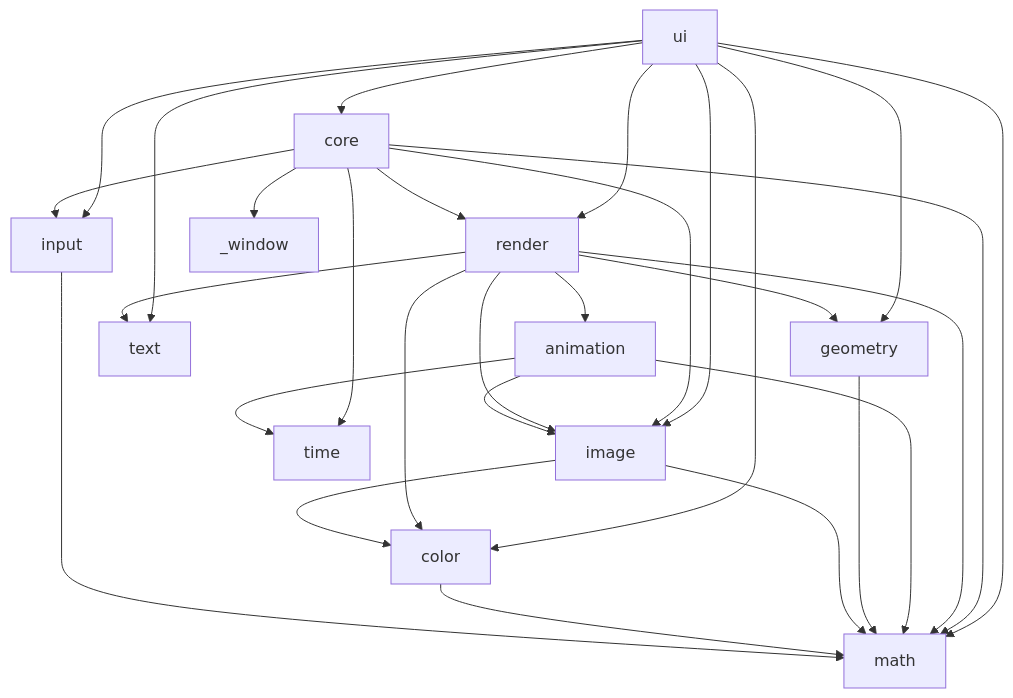
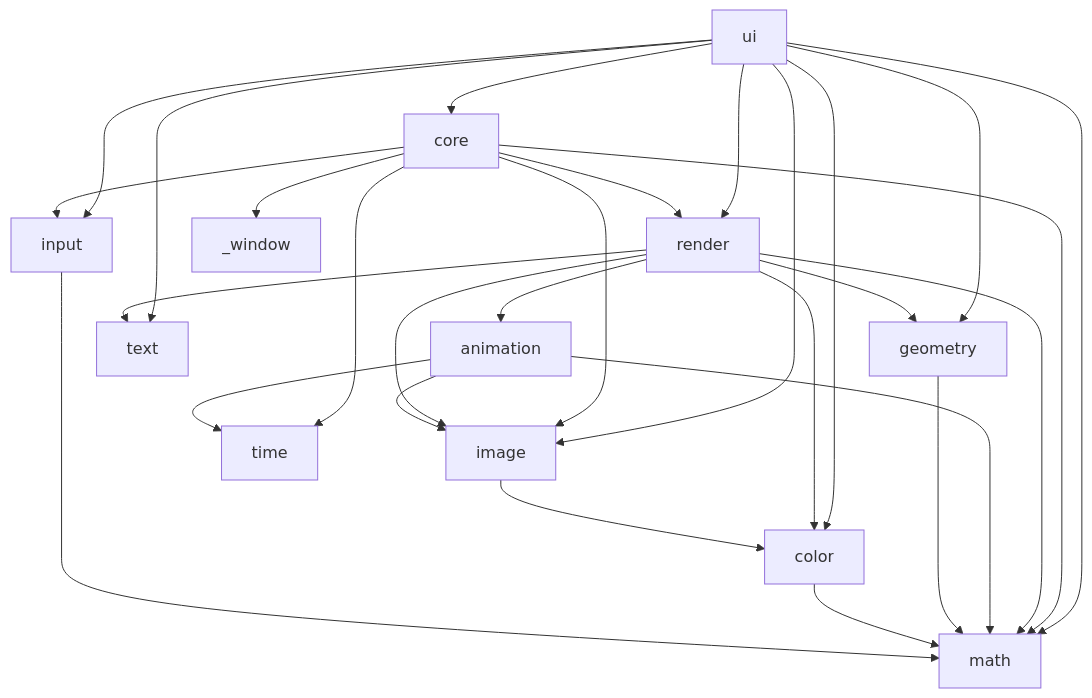
The second of 2 diagrams in ARCHITECTURE.md (create-framework/create), drawn with Mermaid before and after one commit. The commit also changed other lines of this file, not shown here.

First line of the commit message:
docs: Drop image's import of math from the layering

````diff
--- a/ARCHITECTURE.md
+++ b/ARCHITECTURE.md
@@ -89,31 +89,30 @@
 ```mermaid
 flowchart TD
     ui --> core
     ui --> render
     ui --> geometry
     ui --> color
     ui --> text
     ui --> input
     ui --> image
     ui --> math
     core --> _window
     core --> math
     core --> render
     core --> image
     core --> input
     core --> time
     render --> math
     render --> text
     render --> geometry
     render --> color
     render --> image
     render --> animation
     animation --> image
     animation --> math
     animation --> time
     geometry --> math
     image --> color
-    image --> math
     color --> math
     input --> math
 ```
````
